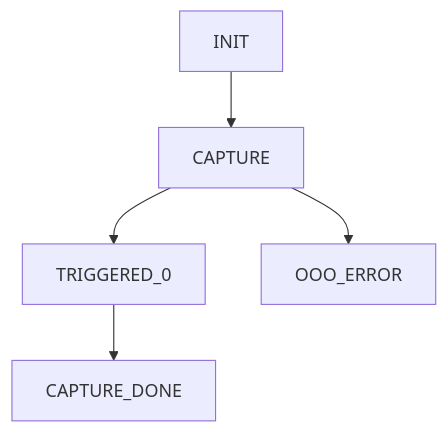
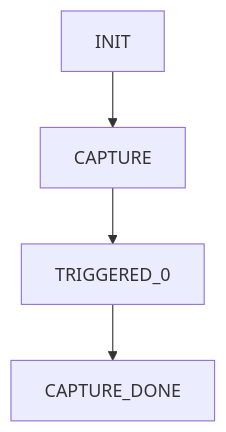
One commit to Sergeant-Salz/Speed-O-Matic changed the diagram in README.md. Above: the diagram before and after it, drawn with Mermaid. The commit also changed other lines of this file and 2 other files, not shown here.

````diff
--- a/README.md
+++ b/README.md
@@ -68,7 +63,6 @@
 ```mermaid
 graph TD;
     INIT-->CAPTURE;
     CAPTURE-->TRIGGERED_0;
-    CAPTURE-->OOO_ERROR;
     TRIGGERED_0-->CAPTURE_DONE;
 ```
````
